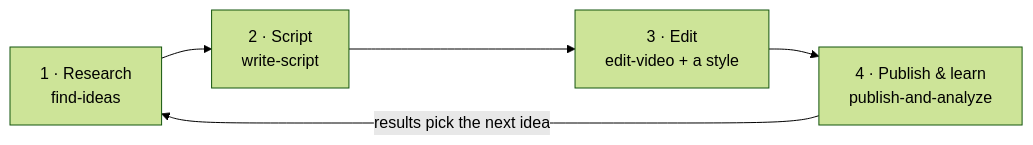
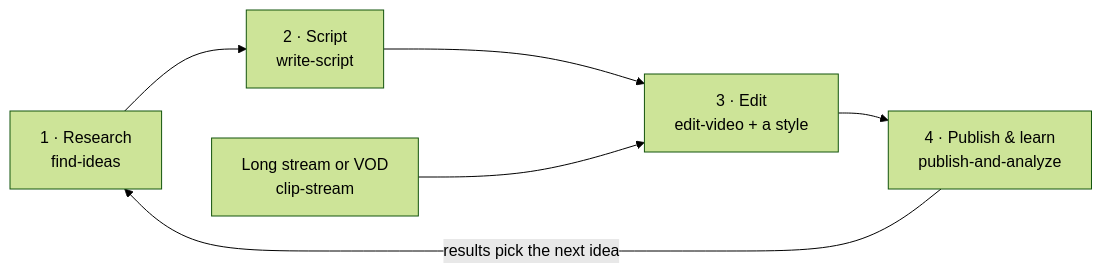
Before and after one commit to alisadiq-ai/favstash-ai-video-editing-skills: the diagram in README.md, drawn with Mermaid (forest theme). The commit also changed other lines of this file and 15 other files, not shown here.

First line of the commit message:
Add clip-stream: find a stream's best moments and cut 9:16 clips

````diff
--- a/README.md
+++ b/README.md
@@ -166,7 +193,8 @@
 ```mermaid
 flowchart LR
   R[1 · Research<br/>find-ideas] --> S[2 · Script<br/>write-script]
   S --> E[3 · Edit<br/>edit-video + a style]
+  C[Long stream or VOD<br/>clip-stream] --> E
   E --> P[4 · Publish & learn<br/>publish-and-analyze]
   P -->|results pick the next idea| R
 ```
````
